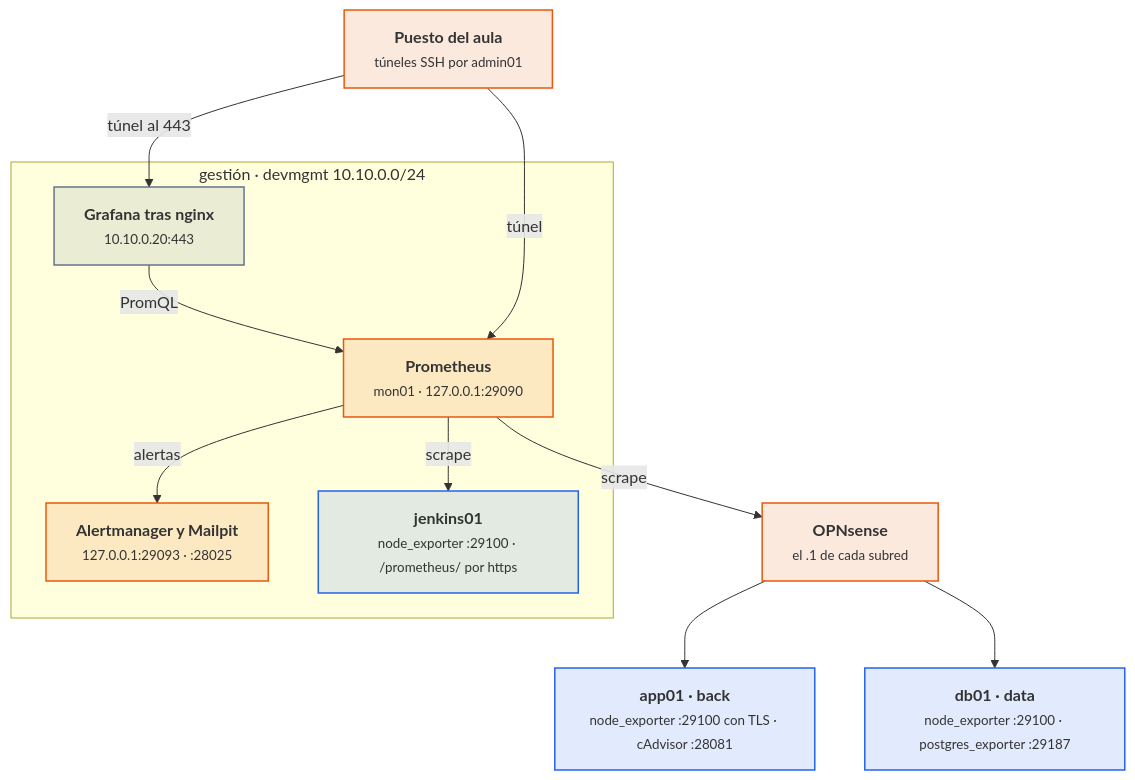
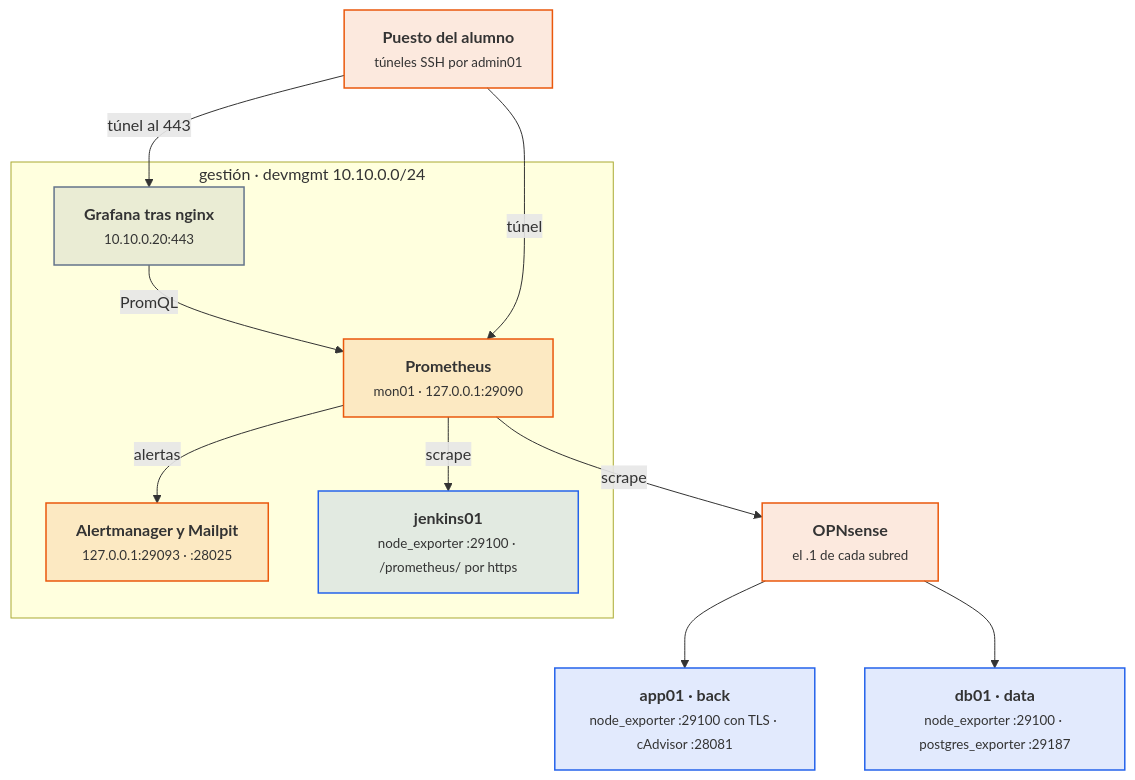
The second of 2 diagrams in docs/ut/ut7-monitorizacion.md (victor-educ/apuntes-5166), drawn with Mermaid before and after one commit. The commit also changed other lines of this file and 12 other files, not shown here.

First line of the commit message:
Prácticas en el Proxmox del centro y por la interfaz web

````diff
--- a/docs/ut/ut7-monitorizacion.md
+++ b/docs/ut/ut7-monitorizacion.md
@@ -112,24 +112,24 @@
 ```mermaid
 flowchart TB
-    OPS["<b>Puesto del aula</b><br><small>túneles SSH por admin01</small>"]:::act
+    OPS["<b>Puesto del alumno</b><br><small>túneles SSH por admin01</small>"]:::act
     subgraph gestion["gestión · devmgmt 10.10.0.0/24"]
         P["<b>Prometheus</b><br><small>mon01 · 127.0.0.1:29090</small>"]:::act
         AM["<b>Alertmanager y Mailpit</b><br><small>127.0.0.1:29093 · :28025</small>"]:::act
         G["<b>Grafana tras nginx</b><br><small>10.10.0.20:443</small>"]:::pieza
         J["<b>jenkins01</b><br><small>node_exporter :29100 · /prometheus/ por https</small>"]:::dato
     end
     FW["<b>OPNsense</b><br><small>el .1 de cada subred</small>"]:::act
     A["<b>app01 · back</b><br><small>node_exporter :29100 con TLS · cAdvisor :28081</small>"]:::dato
     D["<b>db01 · data</b><br><small>node_exporter :29100 · postgres_exporter :29187</small>"]:::dato
     P -- scrape --> J
     P -- scrape --> FW
     FW --> A
     FW --> D
     P -- alertas --> AM
     G -- PromQL --> P
     OPS -- túnel --> P
     OPS -- túnel al 443 --> G
     classDef act fill:#ea580c22,stroke:#ea580c,stroke-width:1.5px
     classDef pieza fill:#64748b22,stroke:#64748b,stroke-width:1.5px
     classDef dato fill:#2563eb22,stroke:#2563eb,stroke-width:1.5px
 ```
````
